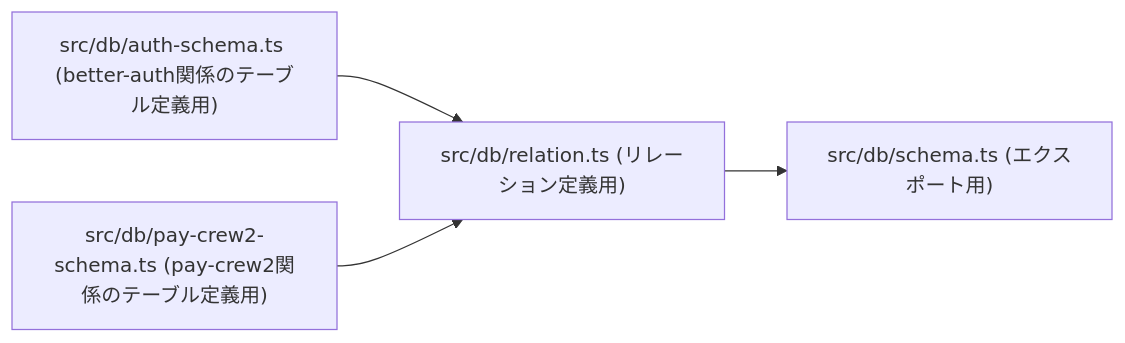
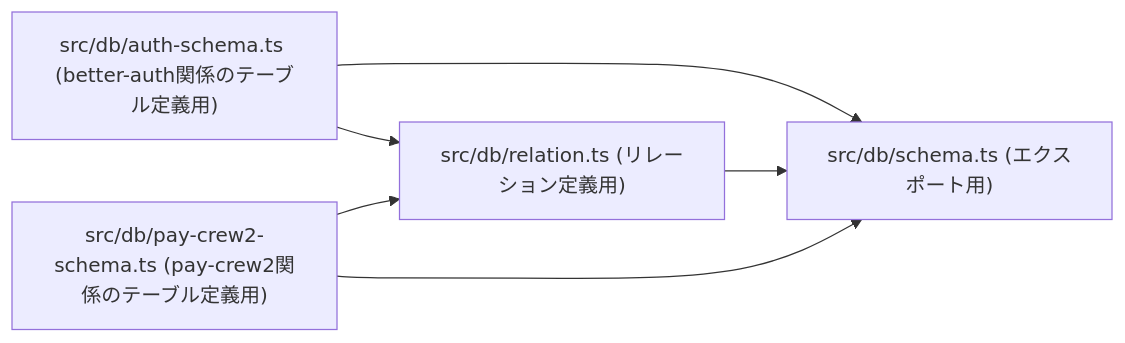
One commit to Pay-Crew/pay-crew2 changed the second of 4 diagrams in products/backend/README.md. Above: the diagram before and after it, drawn with Mermaid. The commit also changed 16 other files, not shown here.

````diff
--- a/products/backend/README.md
+++ b/products/backend/README.md
@@ -109,10 +109,12 @@
 ```mermaid
 flowchart LR
   auth-schema["src/db/auth-schema.ts (better-auth関係のテーブル定義用)"]
   pay-crew2["src/db/pay-crew2-schema.ts (pay-crew2関係のテーブル定義用)"]
   relation["src/db/relation.ts (リレーション定義用)"]
   schema["src/db/schema.ts (エクスポート用)"]
   auth-schema --> relation
+  auth-schema --> schema
+  relation --> schema
   pay-crew2 --> relation
-  relation --> schema
+  pay-crew2 --> schema
 ```
````
